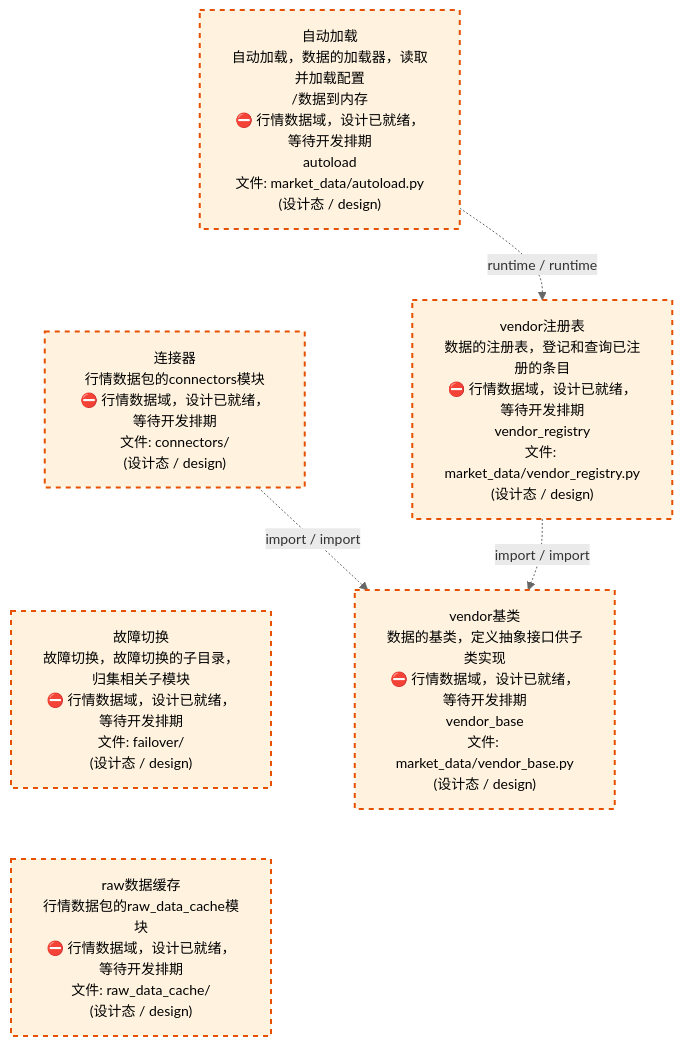
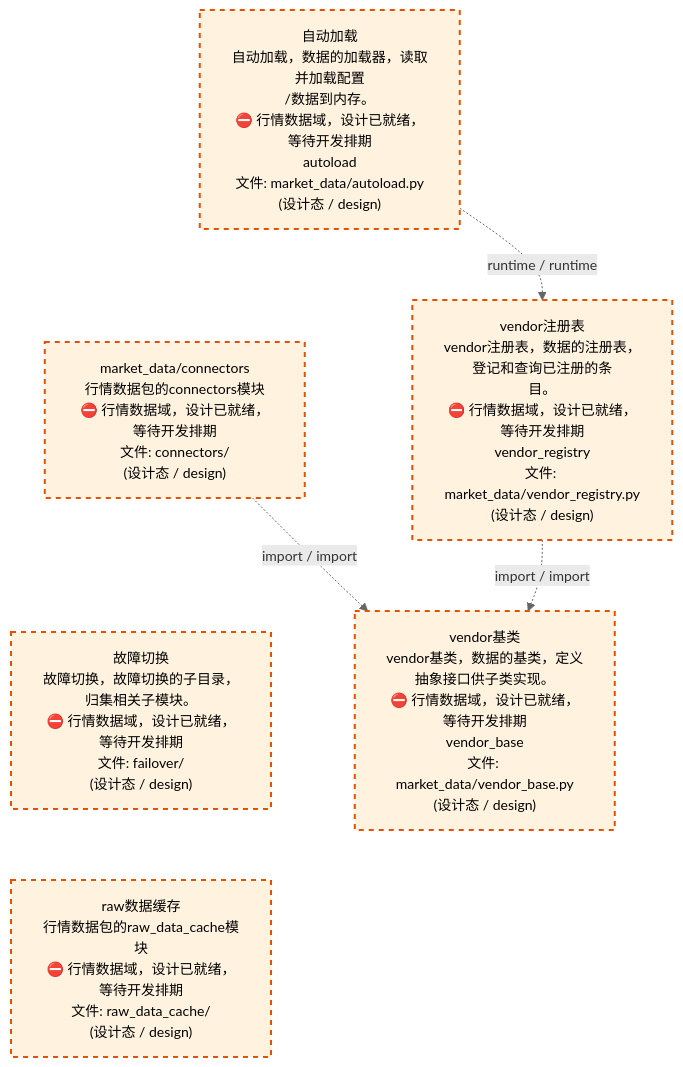
The third of 4 diagrams in docs/02_enterprise_architecture/02_domain_architecture_docs/23_d_mkt_data.md (xuanFelixVan/ZephyrAlpha), drawn with Mermaid before and after one commit. The commit also changed other lines of this file and 58 other files, not shown here.

````diff
--- a/docs/02_enterprise_architecture/02_domain_architecture_docs/23_d_mkt_data.md
+++ b/docs/02_enterprise_architecture/02_domain_architecture_docs/23_d_mkt_data.md
@@ -143,21 +143,21 @@
 ```mermaid
 %%{init: {'theme': 'base', 'themeVariables': {'primaryColor': '#eaeaea', 'primaryTextColor': '#333333', 'primaryBorderColor': '#666666', 'lineColor': '#666666', 'secondaryColor': '#eaeaea', 'tertiaryColor': '#eaeaea', 'fontSize': '14px'}}}%%
 flowchart TD
-    src_zephyr_market_data_autoload_py["自动加载<br/>自动加载，数据的加载器，读取并加载配置<br/>/数据到内存<br/>⛔ 行情数据域，设计已就绪，等待开发排期<br/>autoload<br/>文件: market_data/autoload.py<br/>(设计态 / design)"]
-    src_zephyr_market_data_connectors["连接器<br/>行情数据包的connectors模块<br/>⛔ 行情数据域，设计已就绪，等待开发排期<br/>文件: connectors/<br/>(设计态 / design)"]
-    src_zephyr_market_data_failover["故障切换<br/>故障切换，故障切换的子目录，归集相关子模块<br/>⛔ 行情数据域，设计已就绪，等待开发排期<br/>文件: failover/<br/>(设计态 / design)"]
+    src_zephyr_market_data_autoload_py["自动加载<br/>自动加载，数据的加载器，读取并加载配置<br/>/数据到内存。<br/>⛔ 行情数据域，设计已就绪，等待开发排期<br/>autoload<br/>文件: market_data/autoload.py<br/>(设计态 / design)"]
+    src_zephyr_market_data_connectors["market_data/connectors<br/>行情数据包的connectors模块<br/>⛔ 行情数据域，设计已就绪，等待开发排期<br/>文件: connectors/<br/>(设计态 / design)"]
+    src_zephyr_market_data_failover["故障切换<br/>故障切换，故障切换的子目录，归集相关子模块。<br/>⛔ 行情数据域，设计已就绪，等待开发排期<br/>文件: failover/<br/>(设计态 / design)"]
     src_zephyr_market_data_raw_data_cache["raw数据缓存<br/>行情数据包的raw_data_cache模块<br/>⛔ 行情数据域，设计已就绪，等待开发排期<br/>文件: raw_data_cache/<br/>(设计态 / design)"]
     src_zephyr_market_data_autoload_py ~~~ src_zephyr_market_data_connectors
     src_zephyr_market_data_connectors ~~~ src_zephyr_market_data_failover
     src_zephyr_market_data_failover ~~~ src_zephyr_market_data_raw_data_cache
-    src_zephyr_market_data_vendor_registry_py["vendor注册表<br/>数据的注册表，登记和查询已注册的条目<br/>⛔ 行情数据域，设计已就绪，等待开发排期<br/>vendor_registry<br/>文件: market_data/vendor_registry.py<br/>(设计态 / design)"]
-    src_zephyr_market_data_vendor_base_py["vendor基类<br/>数据的基类，定义抽象接口供子类实现<br/>⛔ 行情数据域，设计已就绪，等待开发排期<br/>vendor_base<br/>文件: market_data/vendor_base.py<br/>(设计态 / design)"]
+    src_zephyr_market_data_vendor_registry_py["vendor注册表<br/>vendor注册表，数据的注册表，登记和查询已注册的条<br/>目。<br/>⛔ 行情数据域，设计已就绪，等待开发排期<br/>vendor_registry<br/>文件: market_data/vendor_registry.py<br/>(设计态 / design)"]
+    src_zephyr_market_data_vendor_base_py["vendor基类<br/>vendor基类，数据的基类，定义抽象接口供子类实现。<br/>⛔ 行情数据域，设计已就绪，等待开发排期<br/>vendor_base<br/>文件: market_data/vendor_base.py<br/>(设计态 / design)"]
     src_zephyr_market_data_vendor_registry_py -.->|import / import| src_zephyr_market_data_vendor_base_py
     src_zephyr_market_data_connectors -.->|import / import| src_zephyr_market_data_vendor_base_py
     src_zephyr_market_data_autoload_py -.->|runtime / runtime| src_zephyr_market_data_vendor_registry_py
     classDef production fill:#e1f5fe,stroke:#01579b,stroke-width:2px,color:#000
     classDef design fill:#fff3e0,stroke:#e65100,stroke-width:2px,color:#000,stroke-dasharray: 5 5
     classDef external_prod fill:#e8f4fd,stroke:#0277bd,stroke-width:1px,color:#000
     classDef external_design fill:#fff8e7,stroke:#ef6c00,stroke-width:1px,color:#000,stroke-dasharray: 5 5
     class src_zephyr_market_data_autoload_py,src_zephyr_market_data_connectors,src_zephyr_market_data_failover,src_zephyr_market_data_raw_data_cache,src_zephyr_market_data_vendor_base_py,src_zephyr_market_data_vendor_registry_py design
 ```
````
